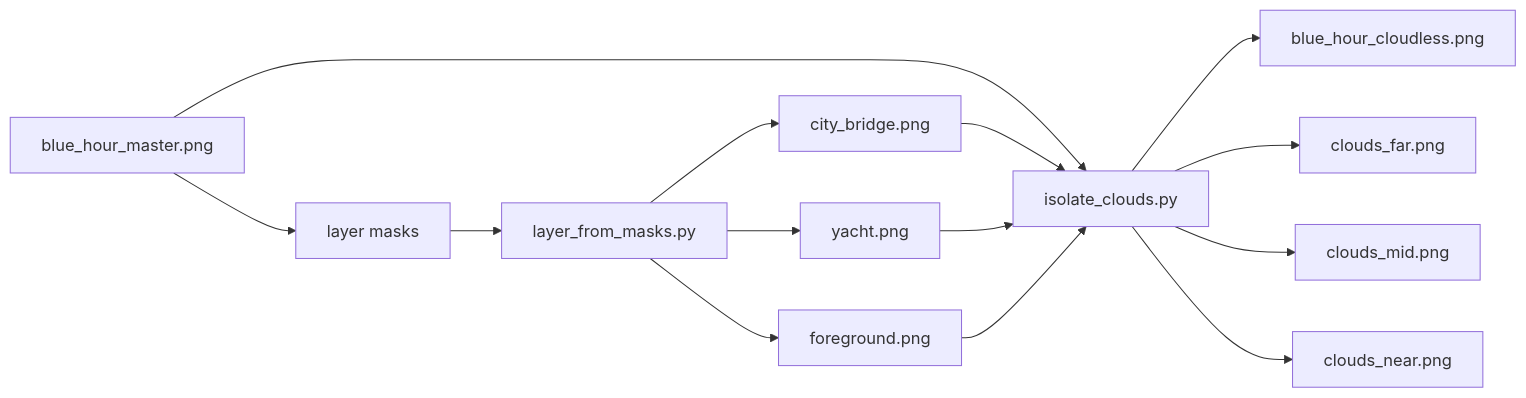
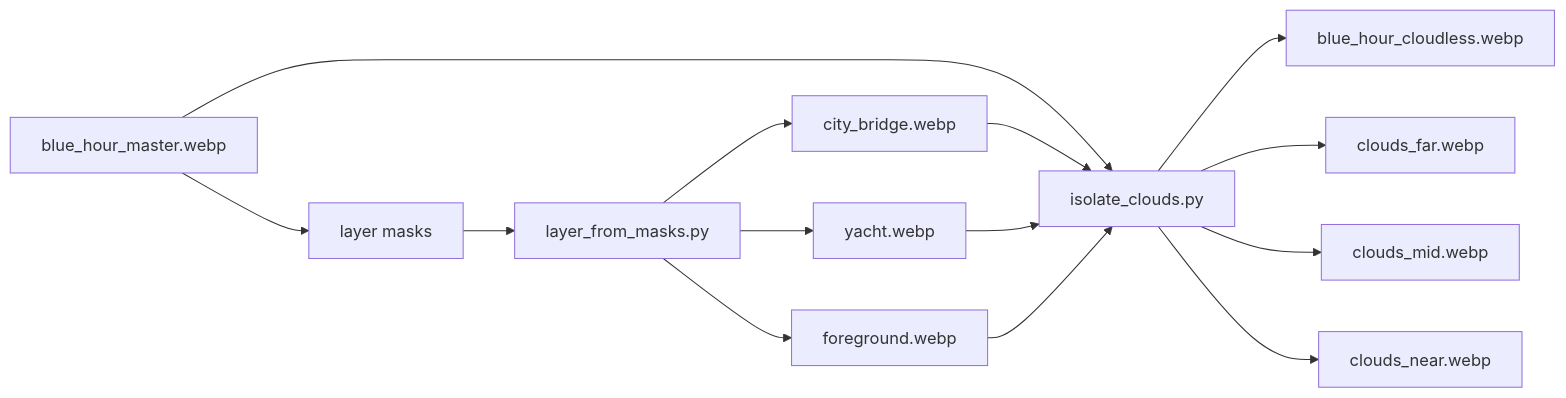
Before and after one commit to matthiasn/lotti: the fourth of 4 diagrams in lib/features/scenery/README.md, drawn with Mermaid. The commit also changed other lines of this file and 40 other files, not shown here.

````diff
--- a/lib/features/scenery/README.md
+++ b/lib/features/scenery/README.md
@@ -248,16 +248,16 @@
 ```mermaid
 flowchart LR
-  master[blue_hour_master.png] --> masks[layer masks]
+  master[blue_hour_master.webp] --> masks[layer masks]
   masks --> layerer[layer_from_masks.py]
-  layerer --> city[city_bridge.png]
-  layerer --> yacht[yacht.png]
-  layerer --> fg[foreground.png]
+  layerer --> city[city_bridge.webp]
+  layerer --> yacht[yacht.webp]
+  layerer --> fg[foreground.webp]
   master --> clouds[isolate_clouds.py]
   city --> clouds
   yacht --> clouds
   fg --> clouds
-  clouds --> base[blue_hour_cloudless.png]
-  clouds --> far[clouds_far.png]
-  clouds --> mid[clouds_mid.png]
-  clouds --> near[clouds_near.png]
+  clouds --> base[blue_hour_cloudless.webp]
+  clouds --> far[clouds_far.webp]
+  clouds --> mid[clouds_mid.webp]
+  clouds --> near[clouds_near.webp]
 ```
````
